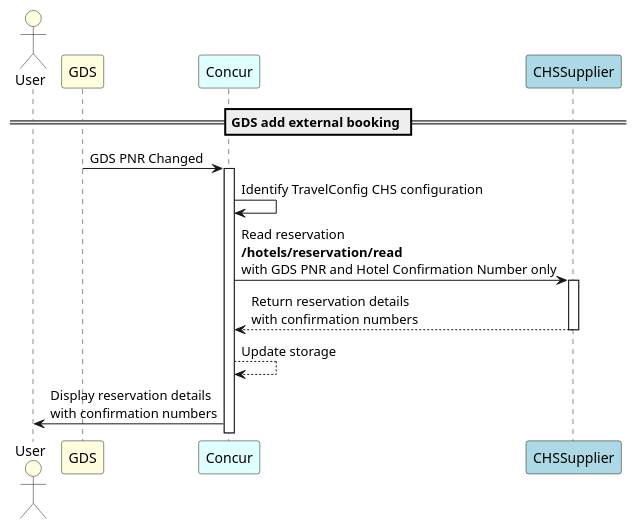
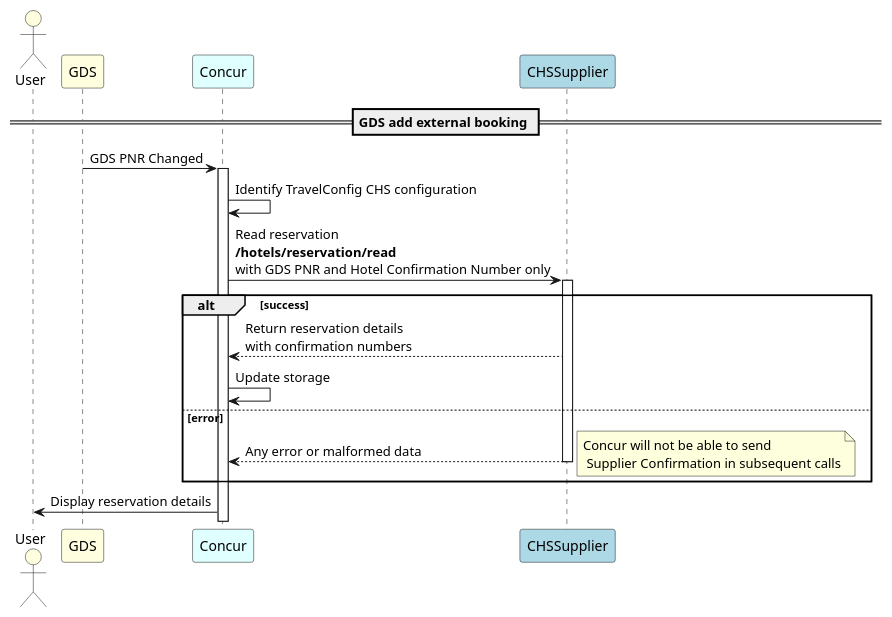
The diagram in api-reference/direct-connects/hotel-service-4/images/diagrams/singlepnr/hotel-external-booking.puml (SAP-docs/preview.developer.concur.com), drawn with PlantUML before and after one commit. The commit also changed 10 other files, not shown here.

```diff
--- a/api-reference/direct-connects/hotel-service-4/images/diagrams/singlepnr/hotel-external-booking.puml
+++ b/api-reference/direct-connects/hotel-service-4/images/diagrams/singlepnr/hotel-external-booking.puml
@@ -1,16 +1,21 @@
 @startuml hotel-external-booking
 
 actor "User" as user #LightYellow
 participant "GDS" as gds #LightYellow
 participant Concur as concur #Lightcyan
 participant "CHSSupplier" as supply #LightBlue
 
 == GDS add external booking ==
 gds -> concur++: GDS PNR Changed
 concur -> concur: Identify TravelConfig CHS configuration
 concur -> supply++: Read reservation \n<b>/hotels/reservation/read</b> \nwith GDS PNR and Hotel Confirmation Number only
-supply --> concur--: Return reservation details \nwith confirmation numbers
-concur --> concur: Update storage
-concur -> user: Display reservation details \nwith confirmation numbers
+alt success
+    supply --> concur: Return reservation details \nwith confirmation numbers
+    concur -> concur: Update storage
+else error
+    supply --> concur--: Any error or malformed data
+    note right: Concur will not be able to send\n Supplier Confirmation in subsequent calls 
+end
+concur -> user: Display reservation details
 
 @enduml
```
